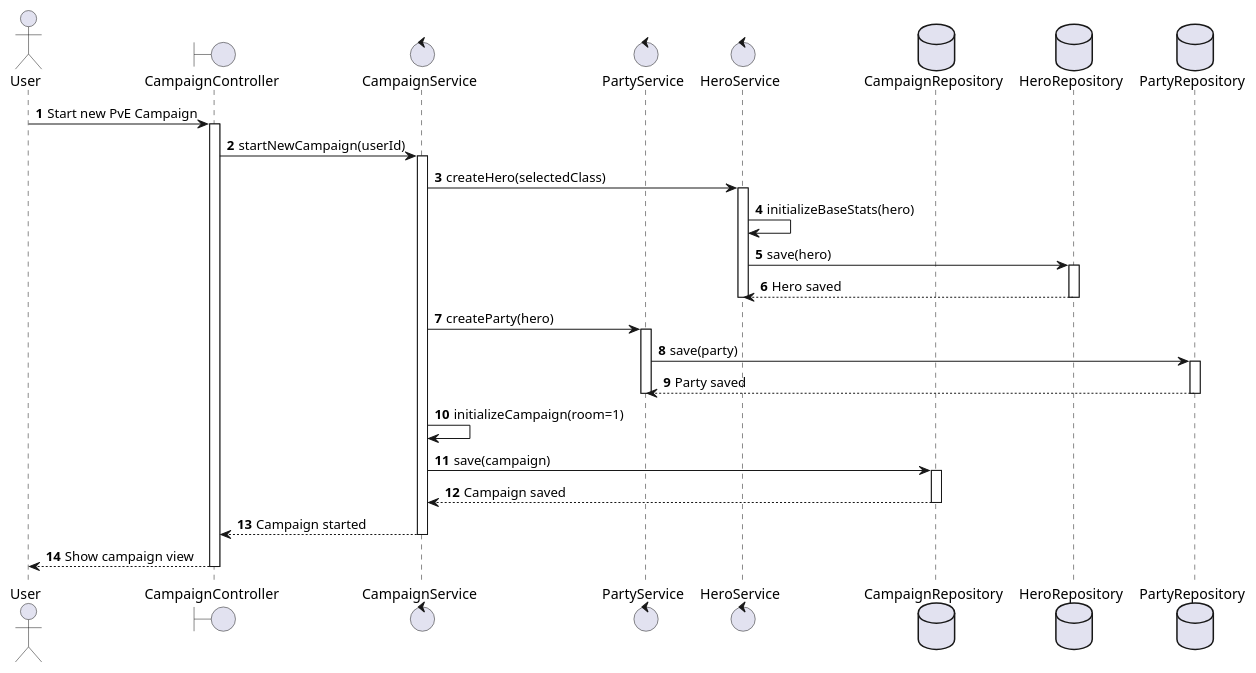
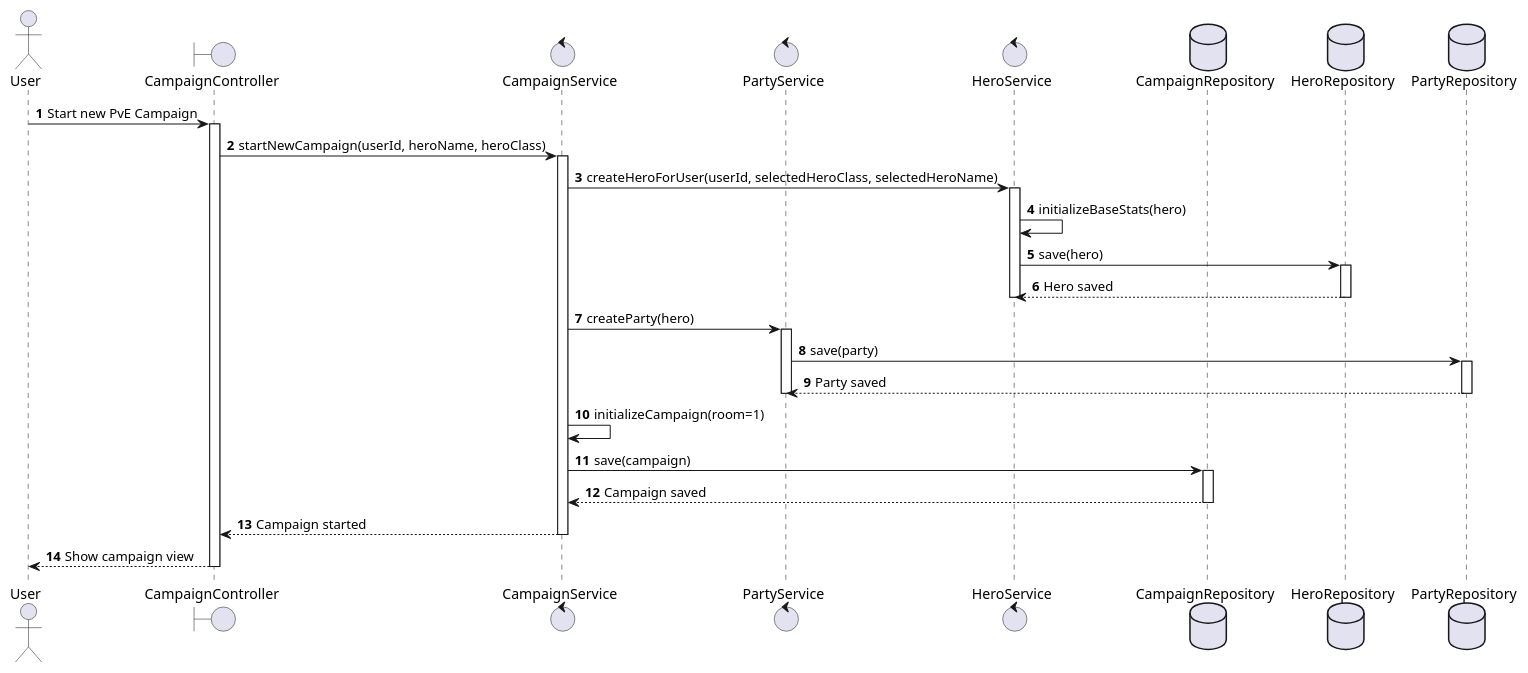
Before and after one commit to MohammedPatel-yorku/LegendsOfSwordAndWand: the diagram in Sequence Diagrams/Use Case 2_Start PvE Campaign.puml, drawn with PlantUML. The commit also changed 10 other files, not shown here.

Commit message:
Campaign Start Refined

```diff
--- a/Sequence Diagrams/Use Case 2_Start PvE Campaign.puml
+++ b/Sequence Diagrams/Use Case 2_Start PvE Campaign.puml
@@ -1,48 +1,48 @@
 @startuml
 'https://plantuml.com/sequence-diagram
 
 autonumber
 
 actor User
 boundary CampaignController
 control CampaignService
 control PartyService
 control HeroService
 database CampaignRepository
 database HeroRepository
 database PartyRepository
 
 User -> CampaignController: Start new PvE Campaign
 activate CampaignController
-CampaignController -> CampaignService: startNewCampaign(userId)
+CampaignController -> CampaignService: startNewCampaign(userId, heroName, heroClass)
 activate CampaignService
 
-CampaignService -> HeroService: createHero(selectedClass)
+CampaignService -> HeroService: createHeroForUser(userId, selectedHeroClass, selectedHeroName)
 activate HeroService
 HeroService -> HeroService: initializeBaseStats(hero)
 HeroService -> HeroRepository: save(hero)
 activate HeroRepository
 HeroRepository --> HeroService: Hero saved
 deactivate HeroRepository
 deactivate HeroService
 
 CampaignService -> PartyService: createParty(hero)
 activate PartyService
 PartyService -> PartyRepository: save(party)
 activate PartyRepository
 PartyRepository --> PartyService: Party saved
 deactivate PartyRepository
 deactivate PartyService
 
 CampaignService -> CampaignService: initializeCampaign(room=1)
 CampaignService -> CampaignRepository: save(campaign)
 activate CampaignRepository
 CampaignRepository --> CampaignService: Campaign saved
 deactivate CampaignRepository
 
 CampaignService --> CampaignController: Campaign started
 deactivate CampaignService
 CampaignController --> User: Show campaign view
 deactivate CampaignController
 
 @enduml
```
